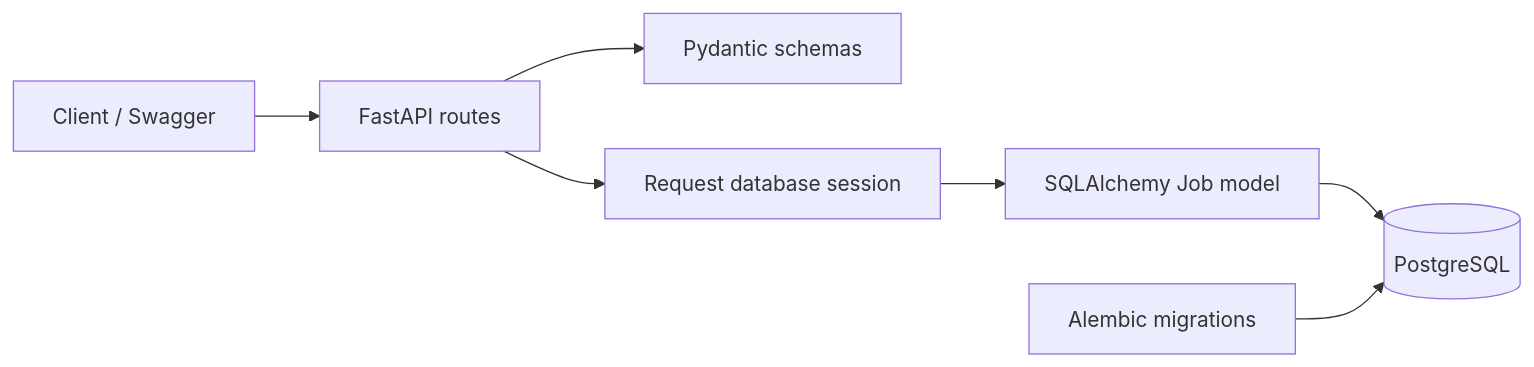
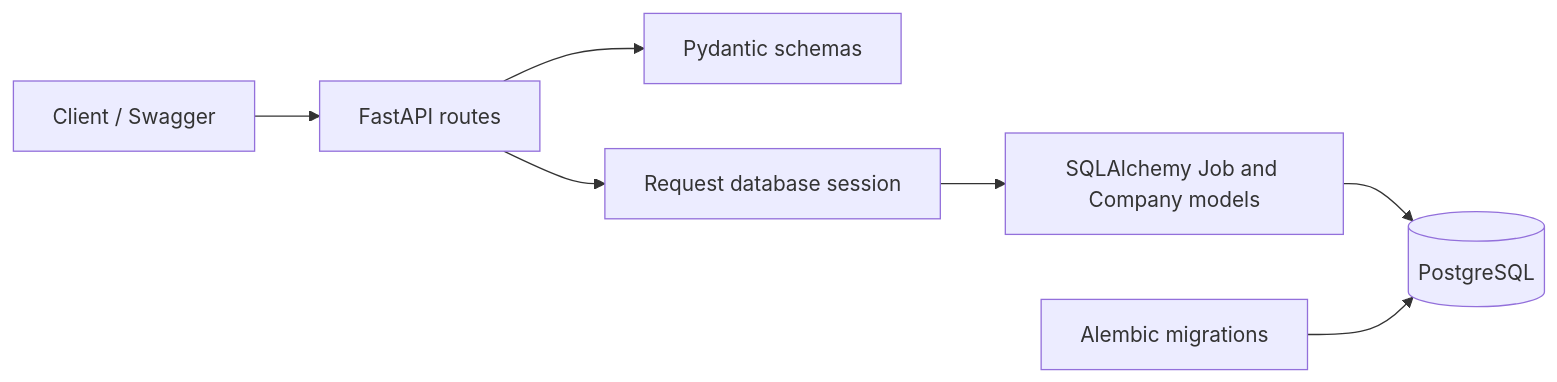
The diagram in README.md (zsklav/workwise), drawn with Mermaid before and after one commit. The commit also changed other lines of this file and 12 other files, not shown here.

````diff
--- a/README.md
+++ b/README.md
@@ -44,9 +48,9 @@
 ```mermaid
 flowchart LR
     Client[Client / Swagger] --> API[FastAPI routes]
     API --> Validation[Pydantic schemas]
     API --> Session[Request database session]
-    Session --> ORM[SQLAlchemy Job model]
+    Session --> ORM[SQLAlchemy Job and Company models]
     ORM --> PostgreSQL[(PostgreSQL)]
     Alembic[Alembic migrations] --> PostgreSQL
 ```
````
